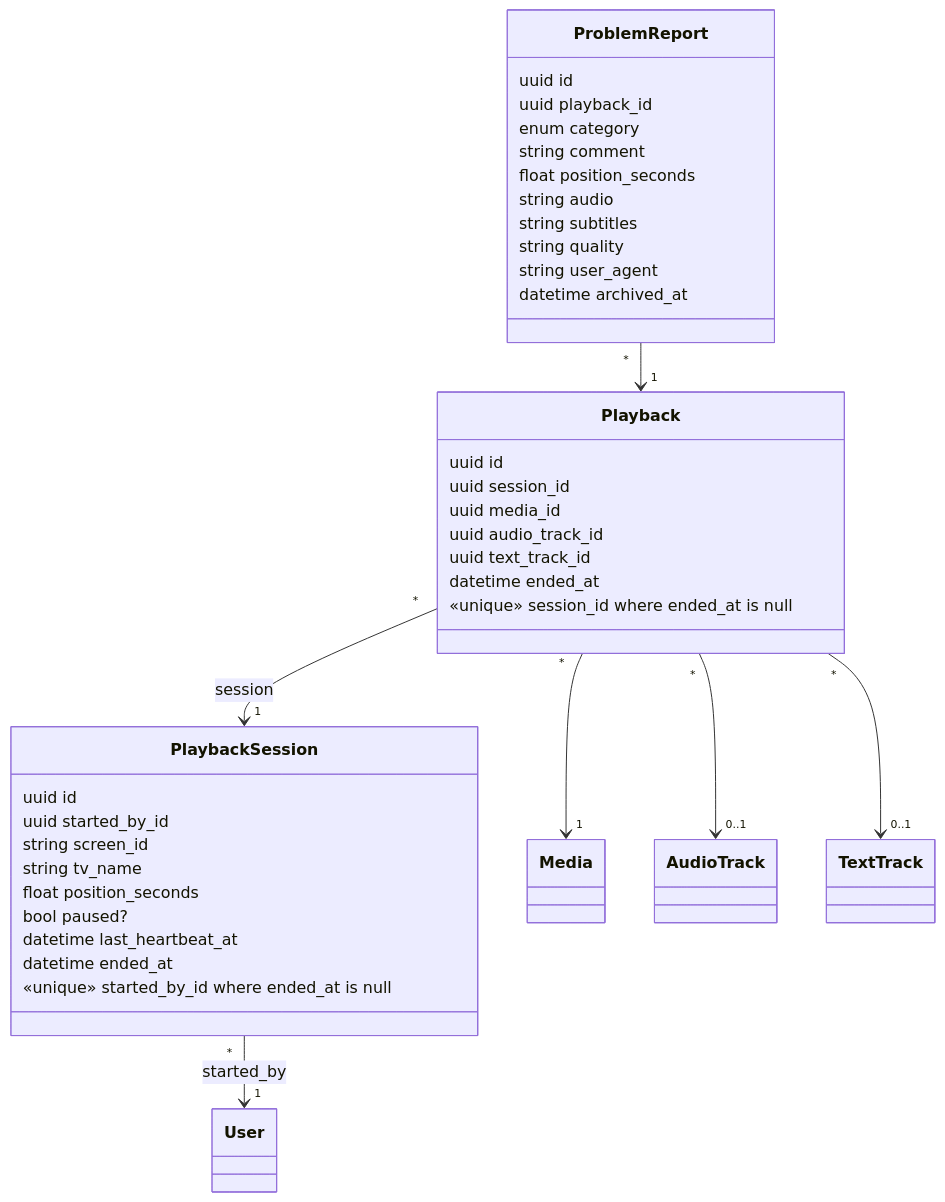
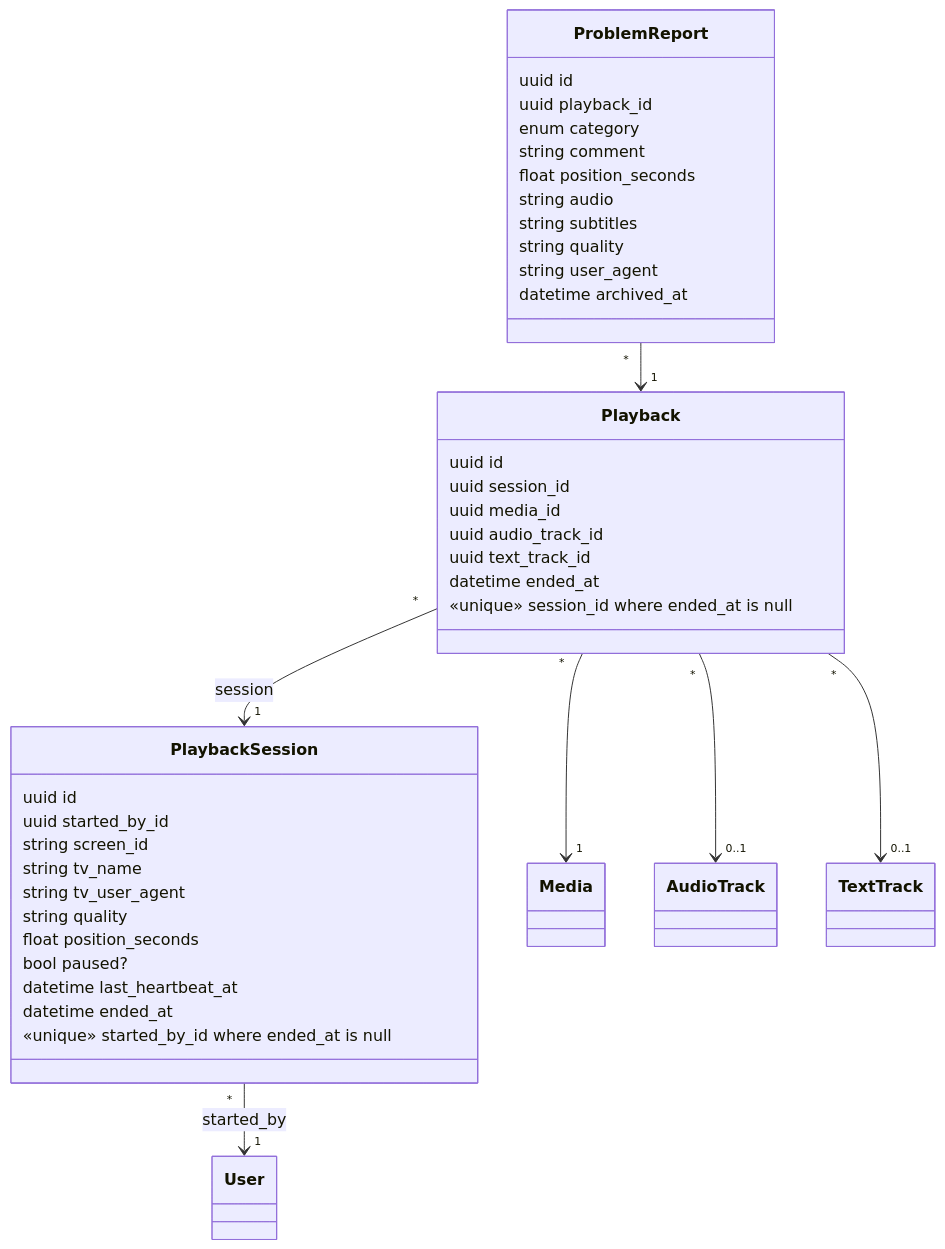
Before and after one commit to nat-e/watch_club: the seventh of 12 diagrams in docs/data-model.md, drawn with Mermaid. The commit also changed other lines of this file and 20 other files, not shown here.

````diff
--- a/docs/data-model.md
+++ b/docs/data-model.md
@@ -420,45 +420,47 @@
 ```mermaid
 classDiagram
   class PlaybackSession {
     uuid id
     uuid started_by_id
     string screen_id
     string tv_name
+    string tv_user_agent
+    string quality
     float position_seconds
     bool paused?
     datetime last_heartbeat_at
     datetime ended_at
     «unique» started_by_id where ended_at is null
   }
   class Playback {
     uuid id
     uuid session_id
     uuid media_id
     uuid audio_track_id
     uuid text_track_id
     datetime ended_at
     «unique» session_id where ended_at is null
   }
   class ProblemReport {
     uuid id
     uuid playback_id
     enum category
     string comment
     float position_seconds
     string audio
     string subtitles
     string quality
     string user_agent
     datetime archived_at
   }
   class User
   class Media
   class AudioTrack
   class TextTrack
   PlaybackSession "*" --> "1" User : started_by
   Playback "*" --> "1" PlaybackSession : session
   Playback "*" --> "1" Media
   Playback "*" --> "0..1" AudioTrack
   Playback "*" --> "0..1" TextTrack
   ProblemReport "*" --> "1" Playback
 ```
````
